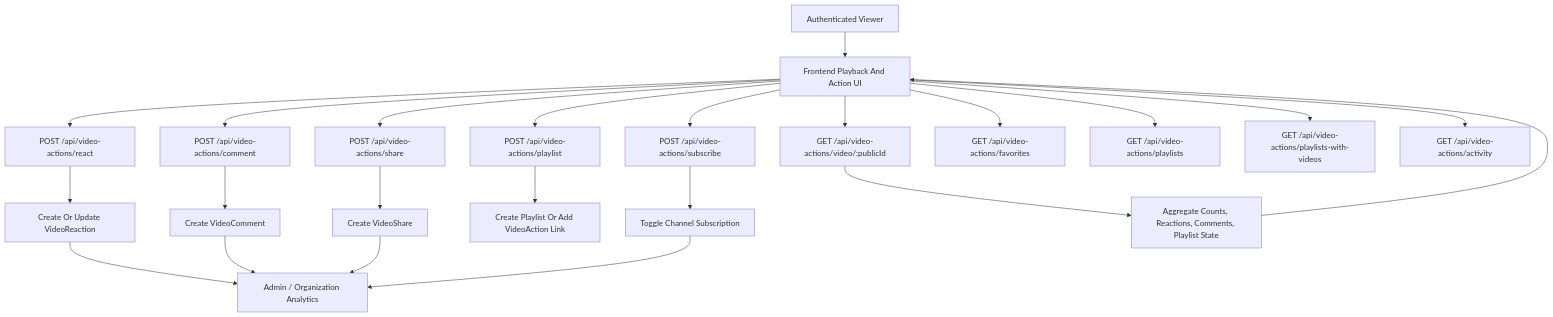
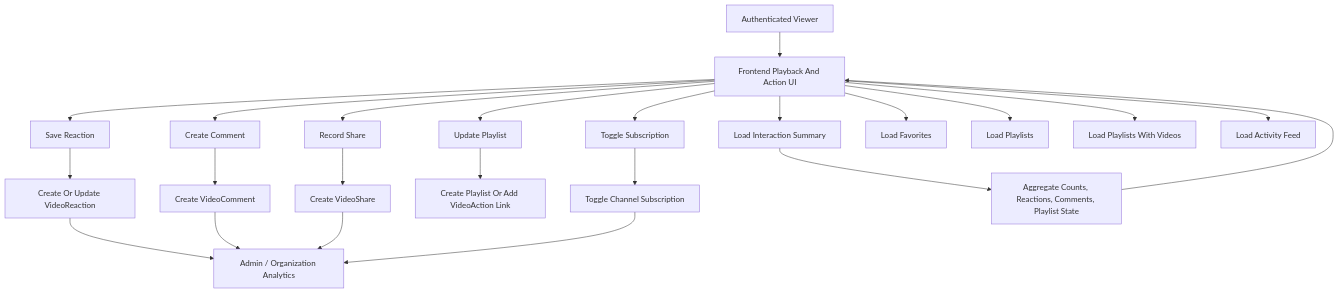
Before and after one commit to samakshrastogi/SK-MediaFlow: the seventh of 11 diagrams in README.md, drawn with Mermaid. The commit also changed other lines of this file, not shown here.

````diff
--- a/README.md
+++ b/README.md
@@ -295,33 +295,33 @@
 ```mermaid
 flowchart TD
     U["Authenticated Viewer"] --> PLAYER["Frontend Playback And Action UI"]
 
-    PLAYER --> REACT["POST /api/video-actions/react"]
+    PLAYER --> REACT["Save Reaction"]
     REACT --> DB1["Create Or Update VideoReaction"]
 
-    PLAYER --> COMMENT["POST /api/video-actions/comment"]
+    PLAYER --> COMMENT["Create Comment"]
     COMMENT --> DB2["Create VideoComment"]
 
-    PLAYER --> SHARE["POST /api/video-actions/share"]
+    PLAYER --> SHARE["Record Share"]
     SHARE --> DB3["Create VideoShare"]
 
-    PLAYER --> PLAYLIST["POST /api/video-actions/playlist"]
+    PLAYER --> PLAYLIST["Update Playlist"]
     PLAYLIST --> DB4["Create Playlist Or Add VideoAction Link"]
 
-    PLAYER --> SUB["POST /api/video-actions/subscribe"]
+    PLAYER --> SUB["Toggle Subscription"]
     SUB --> DB5["Toggle Channel Subscription"]
 
-    PLAYER --> READ1["GET /api/video-actions/video/:publicId"]
+    PLAYER --> READ1["Load Interaction Summary"]
     READ1 --> AGG1["Aggregate Counts, Reactions, Comments, Playlist State"]
     AGG1 --> PLAYER
 
-    PLAYER --> READ2["GET /api/video-actions/favorites"]
-    PLAYER --> READ3["GET /api/video-actions/playlists"]
-    PLAYER --> READ4["GET /api/video-actions/playlists-with-videos"]
-    PLAYER --> READ5["GET /api/video-actions/activity"]
+    PLAYER --> READ2["Load Favorites"]
+    PLAYER --> READ3["Load Playlists"]
+    PLAYER --> READ4["Load Playlists With Videos"]
+    PLAYER --> READ5["Load Activity Feed"]
 
     DB1 --> ADMIN["Admin / Organization Analytics"]
     DB2 --> ADMIN
     DB3 --> ADMIN
     DB5 --> ADMIN
 ```
````
